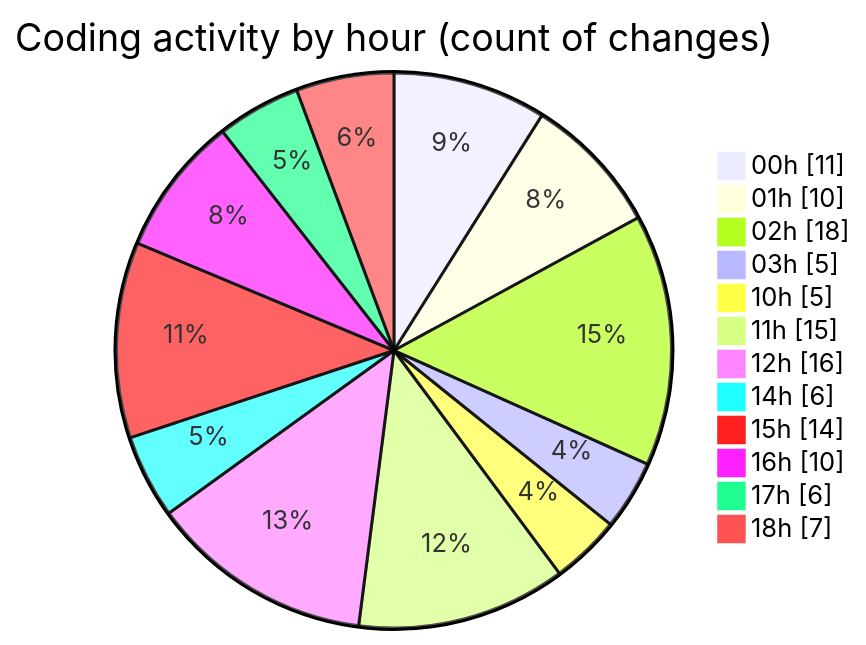
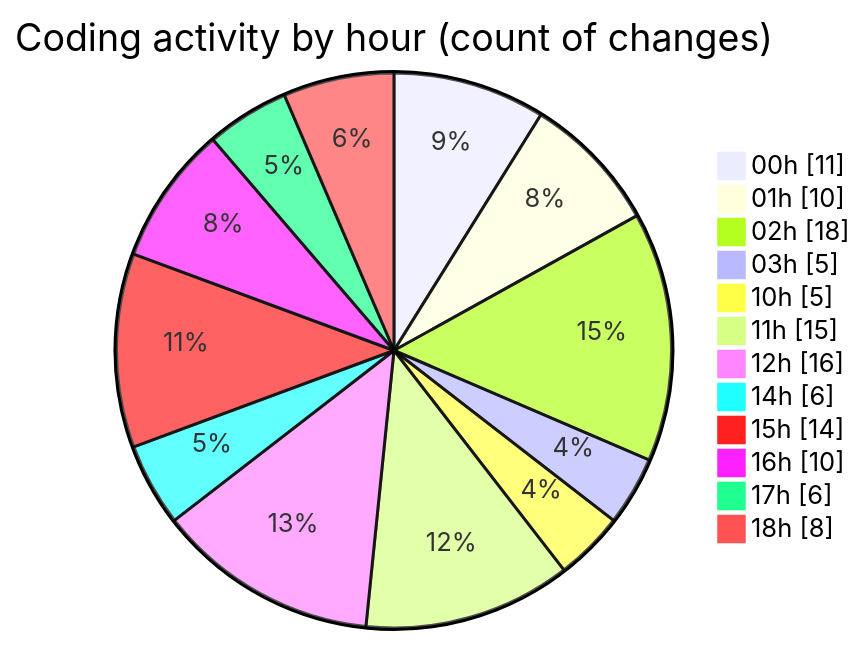
The second of 2 diagrams in 2025-11-02/cdp_aleoudev_fr__workspace_/README.md (julien-gomy/code-tracking), drawn with Mermaid before and after one commit. The commit also changed other lines of this file and 1 other file, not shown here.

````diff
--- a/2025-11-02/cdp_aleoudev_fr__workspace_/README.md
+++ b/2025-11-02/cdp_aleoudev_fr__workspace_/README.md
@@ -39,16 +39,16 @@
 ```mermaid
 pie showData
 title Coding activity by hour (count of changes)
 "00h" : 11
 "01h" : 10
 "02h" : 18
 "03h" : 5
 "10h" : 5
 "11h" : 15
 "12h" : 16
 "14h" : 6
 "15h" : 14
 "16h" : 10
 "17h" : 6
-"18h" : 7
+"18h" : 8
 ```
````
